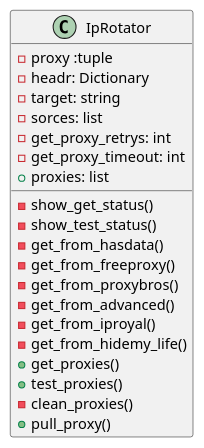
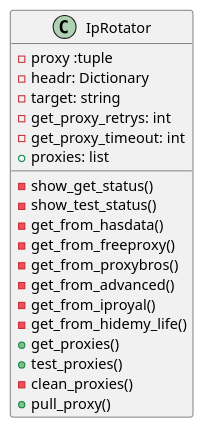
One commit to hkarimian90/ip_rotator changed the diagram in docs/calss_diagram.puml. Above: the diagram before and after it, drawn with PlantUML. The commit also changed 1 other file, not shown here.

Commit message:
init fn done,class_diagram modified

```diff
--- a/docs/calss_diagram.puml
+++ b/docs/calss_diagram.puml
@@ -1,24 +1,23 @@
 @startuml
 class IpRotator{
 - proxy :tuple
 - headr: Dictionary
 - target: string
-- sorces: list
 - get_proxy_retrys: int
 - get_proxy_timeout: int
 + proxies: list
 
 - show_get_status()
 - show_test_status()
 - get_from_hasdata()
 - get_from_freeproxy()
 - get_from_proxybros()
 - get_from_advanced()
 - get_from_iproyal()
 - get_from_hidemy_life()
 + get_proxies()
 + test_proxies()
 - clean_proxies()
 + pull_proxy()
 }
 @enduml
```
